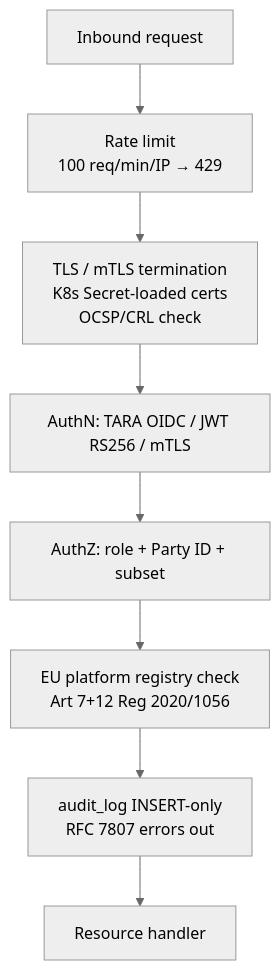
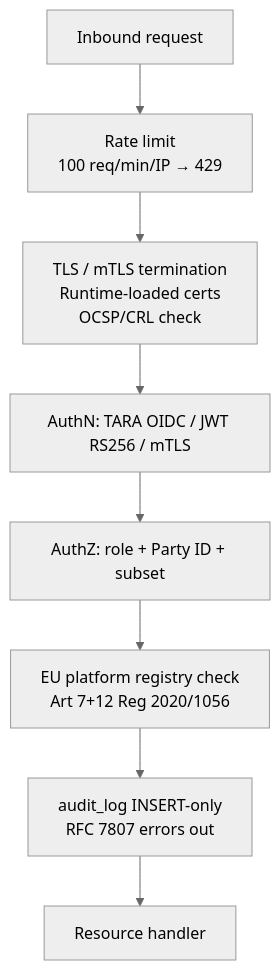
The diagram in docs/epics/epic_14_en.md (kemit-ee/efti-gate-ee), drawn with Mermaid (neutral theme) before and after one commit. The commit also changed other lines of this file, not shown here.

````diff
--- a/docs/epics/epic_14_en.md
+++ b/docs/epics/epic_14_en.md
@@ -16,10 +22,10 @@
 ```mermaid
 flowchart TD
     In[Inbound request] --> RL[Rate limit<br/>100 req/min/IP → 429]
-    RL --> TLS[TLS / mTLS termination<br/>K8s Secret-loaded certs<br/>OCSP/CRL check]
+    RL --> TLS[TLS / mTLS termination<br/>Runtime-loaded certs<br/>OCSP/CRL check]
     TLS --> AuthN[AuthN: TARA OIDC / JWT RS256 / mTLS]
     AuthN --> AuthZ[AuthZ: role + Party ID + subset]
     AuthZ --> EUReg[EU platform registry check<br/>Art 7+12 Reg 2020/1056]
     EUReg --> Audit[audit_log INSERT-only<br/>RFC 7807 errors out]
     Audit --> Handler[Resource handler]
 ```
````
